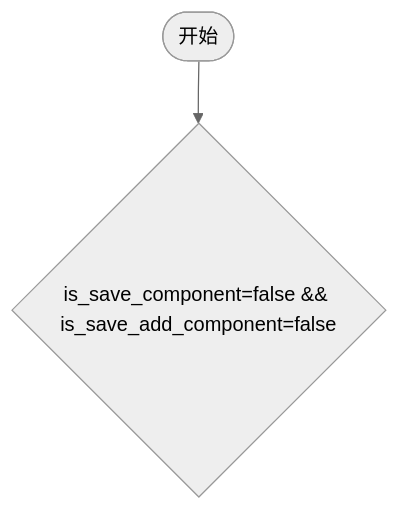
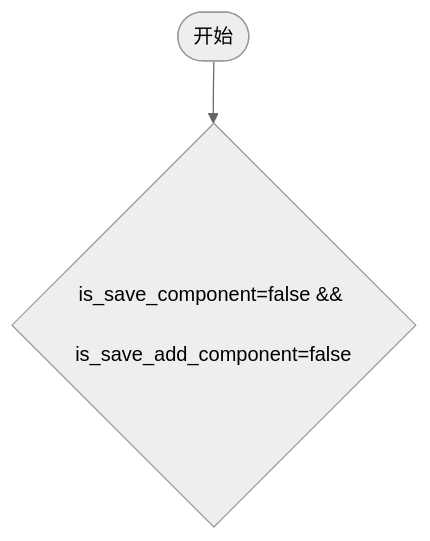
The diagram in all/未命名-7.md (yingjianzh/iodraw-files), drawn with Mermaid (neutral theme) before and after one commit.

Commit message:
2024-10-12 13:46:51 update

````diff
--- a/all/未命名-7.md
+++ b/all/未命名-7.md
@@ -1,6 +1,7 @@
 ```mermaid
 flowchart TD
-    A([开始]) --> B{is_save_component=false && is_save_add_component=false}
+    A([开始]) --> B{is_save_component=false && 
+    is_save_add_component=false}
     
 
 ```
````
